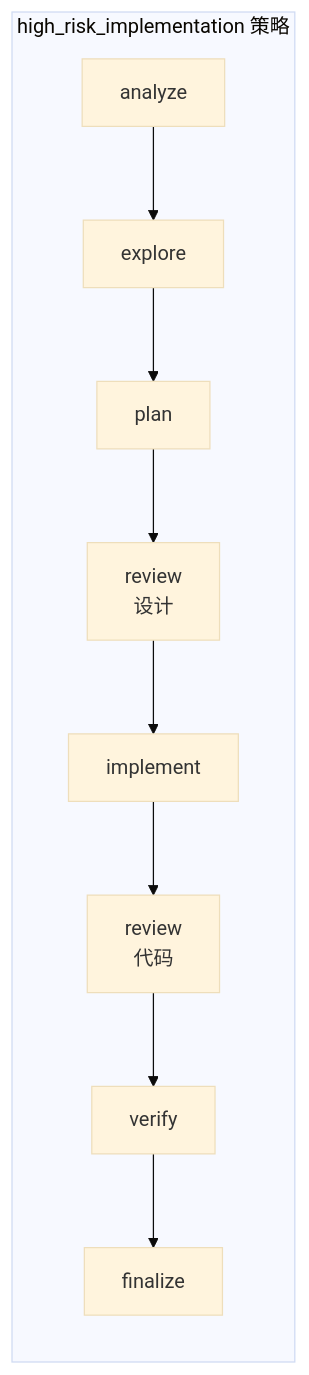
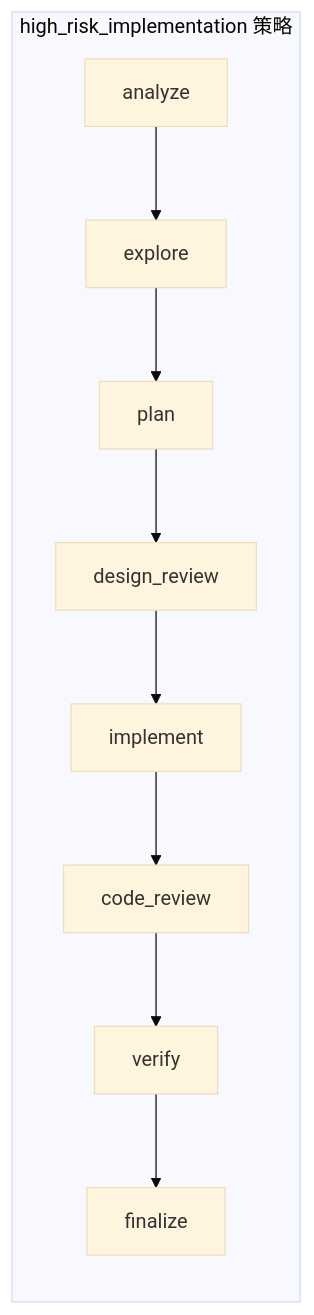
Before and after one commit to hanchaoqun/codrax: the eighth of 8 diagrams in docs/architecture.md, drawn with Mermaid (base theme). The commit also changed other lines of this file and 1 other file, not shown here.

First line of the commit message:
Update docs to reflect separate design_review and code_review stages/agents

````diff
--- a/docs/architecture.md
+++ b/docs/architecture.md
@@ -1020,6 +1034,6 @@
 ```mermaid
 graph LR
     subgraph "high_risk_implementation 策略"
-        C1[analyze] --> C2[explore] --> C3[plan] --> C4[review<br/>设计] --> C5[implement] --> C6[review<br/>代码] --> C7[verify] --> C8[finalize]
+        C1[analyze] --> C2[explore] --> C3[plan] --> C4[design_review] --> C5[implement] --> C6[code_review] --> C7[verify] --> C8[finalize]
     end
 ```
````
